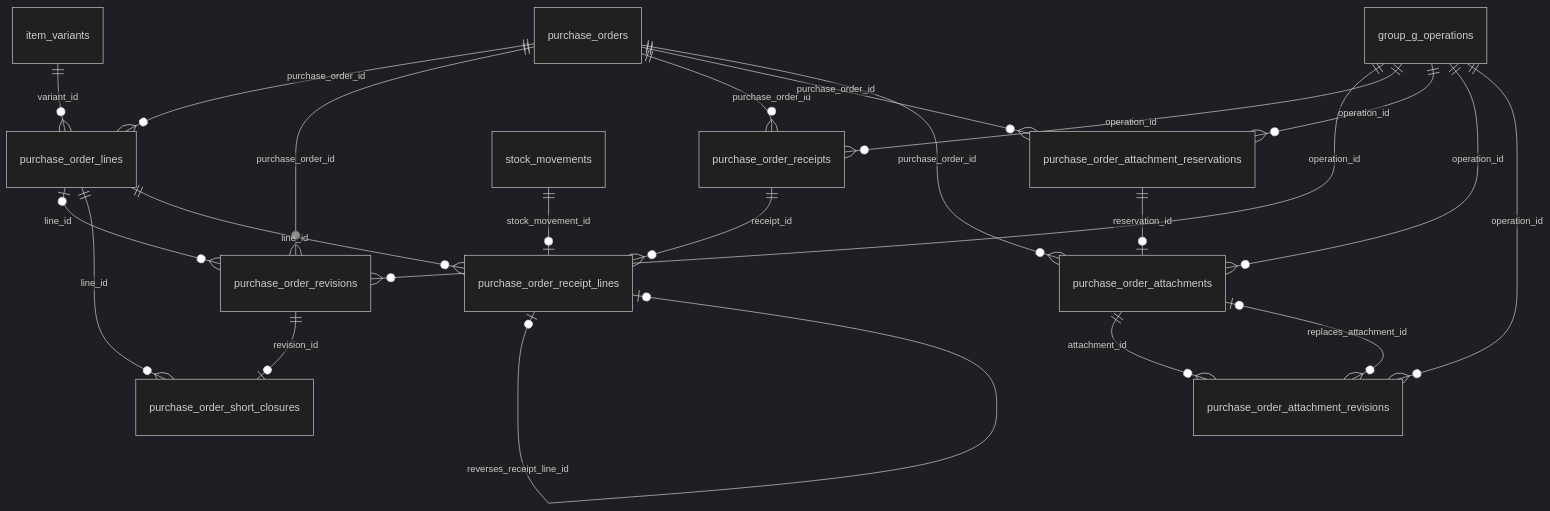
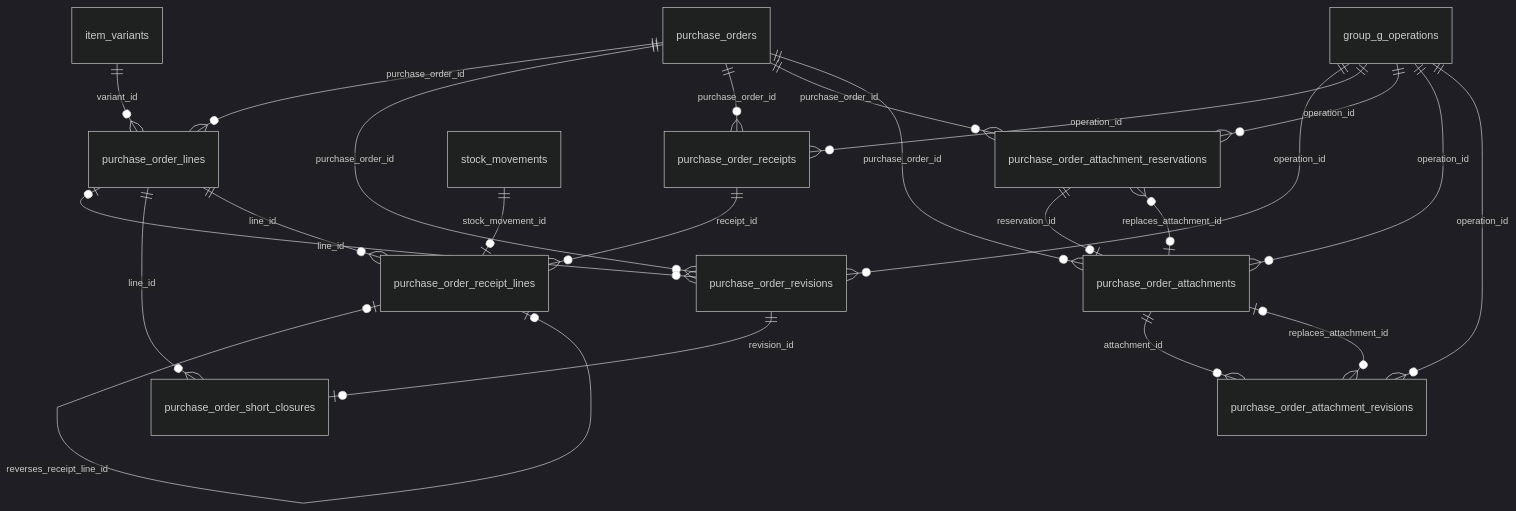
Before and after one commit to ChocoWork/o_official: diagram 14 of 17 in docs/03_BasicDesign/data/er.md, drawn with Mermaid (dark theme). The commit also changed other lines of this file and 48 other files, not shown here.

````diff
--- a/docs/03_BasicDesign/data/er.md
+++ b/docs/03_BasicDesign/data/er.md
@@ -750,24 +750,25 @@
 ```mermaid
 erDiagram
   purchase_orders ||--o{ purchase_order_lines : purchase_order_id
   item_variants ||--o{ purchase_order_lines : variant_id
   purchase_orders ||--o{ purchase_order_revisions : purchase_order_id
   purchase_order_lines o|--o{ purchase_order_revisions : line_id
   purchase_order_lines ||--o{ purchase_order_short_closures : line_id
   purchase_order_revisions ||--o| purchase_order_short_closures : revision_id
   purchase_orders ||--o{ purchase_order_receipts : purchase_order_id
   purchase_order_receipts ||--o{ purchase_order_receipt_lines : receipt_id
   purchase_order_lines ||--o{ purchase_order_receipt_lines : line_id
   purchase_order_receipt_lines o|--o| purchase_order_receipt_lines : reverses_receipt_line_id
   stock_movements ||--o| purchase_order_receipt_lines : stock_movement_id
   purchase_orders ||--o{ purchase_order_attachment_reservations : purchase_order_id
   purchase_orders ||--o{ purchase_order_attachments : purchase_order_id
   purchase_order_attachment_reservations ||--o| purchase_order_attachments : reservation_id
   purchase_order_attachments ||--o{ purchase_order_attachment_revisions : attachment_id
   purchase_order_attachments o|--o{ purchase_order_attachment_revisions : replaces_attachment_id
+  purchase_order_attachments o|--o{ purchase_order_attachment_reservations : replaces_attachment_id
   group_g_operations ||--o{ purchase_order_revisions : operation_id
   group_g_operations ||--o{ purchase_order_receipts : operation_id
   group_g_operations ||--o{ purchase_order_attachment_reservations : operation_id
   group_g_operations ||--o{ purchase_order_attachments : operation_id
   group_g_operations ||--o{ purchase_order_attachment_revisions : operation_id
 ```
````
